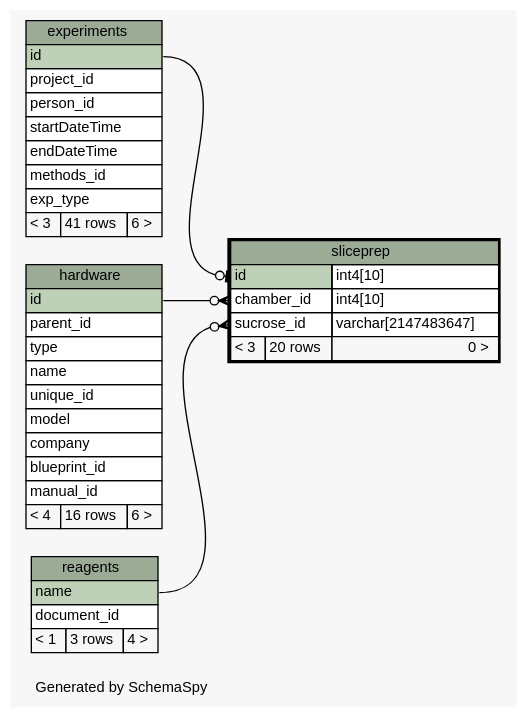
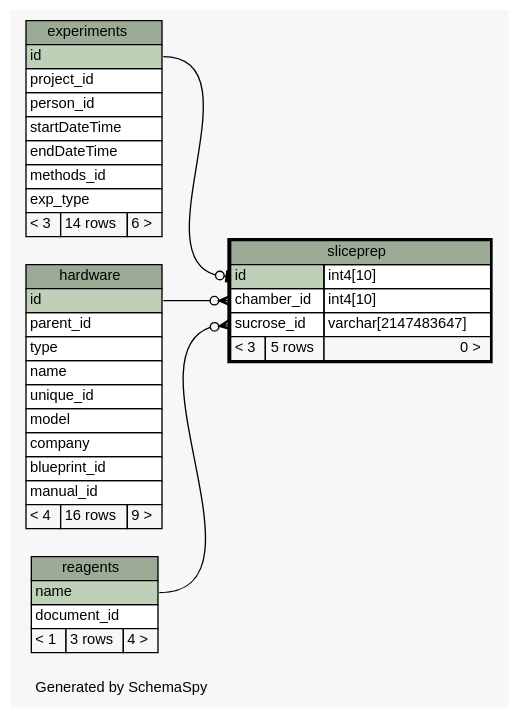
The diagram in database/ss/diagrams/sliceprep.1degree.dot (tgbugs/mlab), drawn with Graphviz before and after one commit. The commit also changed 221 other files, not shown here.

```diff
--- a/database/ss/diagrams/sliceprep.1degree.dot
+++ b/database/ss/diagrams/sliceprep.1degree.dot
@@ -1,82 +1,82 @@
 // dot 2.34.0 on Windows 7 6.1
 // SchemaSpy rev 590
 digraph "oneDegreeRelationshipsDiagram" {
   graph [
     rankdir="RL"
     bgcolor="#f7f7f7"
     label="\nGenerated by SchemaSpy"
     labeljust="l"
     nodesep="0.18"
     ranksep="0.46"
     fontname="Helvetica"
     fontsize="11"
   ];
   node [
     fontname="Helvetica"
     fontsize="11"
     shape="plaintext"
   ];
   edge [
     arrowsize="0.8"
   ];
   "sliceprep":"chamber_id":w -> "hardware":"id":e [arrowhead=none dir=back arrowtail=crowodot];
   "sliceprep":"id":w -> "experiments":"id":e [arrowhead=none dir=back arrowtail=teeodot];
   "sliceprep":"sucrose_id":w -> "reagents":"name":e [arrowhead=none dir=back arrowtail=crowodot];
   "experiments" [
     label=<
     <TABLE BORDER="0" CELLBORDER="1" CELLSPACING="0" BGCOLOR="#ffffff">
       <TR><TD COLSPAN="3" BGCOLOR="#9bab96" ALIGN="CENTER">experiments</TD></TR>
       <TR><TD PORT="id" COLSPAN="3" BGCOLOR="#bed1b8" ALIGN="LEFT">id</TD></TR>
       <TR><TD PORT="project_id" COLSPAN="3" ALIGN="LEFT">project_id</TD></TR>
       <TR><TD PORT="person_id" COLSPAN="3" ALIGN="LEFT">person_id</TD></TR>
       <TR><TD PORT="startDateTime" COLSPAN="3" ALIGN="LEFT">startDateTime</TD></TR>
       <TR><TD PORT="endDateTime" COLSPAN="3" ALIGN="LEFT">endDateTime</TD></TR>
       <TR><TD PORT="methods_id" COLSPAN="3" ALIGN="LEFT">methods_id</TD></TR>
       <TR><TD PORT="exp_type" COLSPAN="3" ALIGN="LEFT">exp_type</TD></TR>
-      <TR><TD ALIGN="LEFT" BGCOLOR="#f7f7f7">&lt; 3</TD><TD ALIGN="RIGHT" BGCOLOR="#f7f7f7">41 rows</TD><TD ALIGN="RIGHT" BGCOLOR="#f7f7f7">6 &gt;</TD></TR>
+      <TR><TD ALIGN="LEFT" BGCOLOR="#f7f7f7">&lt; 3</TD><TD ALIGN="RIGHT" BGCOLOR="#f7f7f7">14 rows</TD><TD ALIGN="RIGHT" BGCOLOR="#f7f7f7">6 &gt;</TD></TR>
     </TABLE>>
     URL="experiments.html"
     tooltip="experiments"
   ];
   "hardware" [
     label=<
     <TABLE BORDER="0" CELLBORDER="1" CELLSPACING="0" BGCOLOR="#ffffff">
       <TR><TD COLSPAN="3" BGCOLOR="#9bab96" ALIGN="CENTER">hardware</TD></TR>
       <TR><TD PORT="id" COLSPAN="3" BGCOLOR="#bed1b8" ALIGN="LEFT">id</TD></TR>
       <TR><TD PORT="parent_id" COLSPAN="3" ALIGN="LEFT">parent_id</TD></TR>
       <TR><TD PORT="type" COLSPAN="3" ALIGN="LEFT">type</TD></TR>
       <TR><TD PORT="name" COLSPAN="3" ALIGN="LEFT">name</TD></TR>
       <TR><TD PORT="unique_id" COLSPAN="3" ALIGN="LEFT">unique_id</TD></TR>
       <TR><TD PORT="model" COLSPAN="3" ALIGN="LEFT">model</TD></TR>
       <TR><TD PORT="company" COLSPAN="3" ALIGN="LEFT">company</TD></TR>
       <TR><TD PORT="blueprint_id" COLSPAN="3" ALIGN="LEFT">blueprint_id</TD></TR>
       <TR><TD PORT="manual_id" COLSPAN="3" ALIGN="LEFT">manual_id</TD></TR>
-      <TR><TD ALIGN="LEFT" BGCOLOR="#f7f7f7">&lt; 4</TD><TD ALIGN="RIGHT" BGCOLOR="#f7f7f7">16 rows</TD><TD ALIGN="RIGHT" BGCOLOR="#f7f7f7">6 &gt;</TD></TR>
+      <TR><TD ALIGN="LEFT" BGCOLOR="#f7f7f7">&lt; 4</TD><TD ALIGN="RIGHT" BGCOLOR="#f7f7f7">16 rows</TD><TD ALIGN="RIGHT" BGCOLOR="#f7f7f7">9 &gt;</TD></TR>
     </TABLE>>
     URL="hardware.html"
     tooltip="hardware"
   ];
   "reagents" [
     label=<
     <TABLE BORDER="0" CELLBORDER="1" CELLSPACING="0" BGCOLOR="#ffffff">
       <TR><TD COLSPAN="3" BGCOLOR="#9bab96" ALIGN="CENTER">reagents</TD></TR>
       <TR><TD PORT="name" COLSPAN="3" BGCOLOR="#bed1b8" ALIGN="LEFT">name</TD></TR>
       <TR><TD PORT="document_id" COLSPAN="3" ALIGN="LEFT">document_id</TD></TR>
       <TR><TD ALIGN="LEFT" BGCOLOR="#f7f7f7">&lt; 1</TD><TD ALIGN="RIGHT" BGCOLOR="#f7f7f7">3 rows</TD><TD ALIGN="RIGHT" BGCOLOR="#f7f7f7">4 &gt;</TD></TR>
     </TABLE>>
     URL="reagents.html"
     tooltip="reagents"
   ];
   "sliceprep" [
     label=<
     <TABLE BORDER="2" CELLBORDER="1" CELLSPACING="0" BGCOLOR="#ffffff">
       <TR><TD COLSPAN="3" BGCOLOR="#9bab96" ALIGN="CENTER">sliceprep</TD></TR>
       <TR><TD PORT="id" COLSPAN="2" BGCOLOR="#bed1b8" ALIGN="LEFT">id</TD><TD PORT="id.type" ALIGN="LEFT">int4[10]</TD></TR>
       <TR><TD PORT="chamber_id" COLSPAN="2" ALIGN="LEFT">chamber_id</TD><TD PORT="chamber_id.type" ALIGN="LEFT">int4[10]</TD></TR>
       <TR><TD PORT="sucrose_id" COLSPAN="2" ALIGN="LEFT">sucrose_id</TD><TD PORT="sucrose_id.type" ALIGN="LEFT">varchar[2147483647]</TD></TR>
-      <TR><TD ALIGN="LEFT" BGCOLOR="#f7f7f7">&lt; 3</TD><TD ALIGN="RIGHT" BGCOLOR="#f7f7f7">20 rows</TD><TD ALIGN="RIGHT" BGCOLOR="#f7f7f7">0 &gt;</TD></TR>
+      <TR><TD ALIGN="LEFT" BGCOLOR="#f7f7f7">&lt; 3</TD><TD ALIGN="RIGHT" BGCOLOR="#f7f7f7">5 rows</TD><TD ALIGN="RIGHT" BGCOLOR="#f7f7f7">0 &gt;</TD></TR>
     </TABLE>>
     URL="sliceprep.html"
     tooltip="sliceprep"
   ];
 }
```
